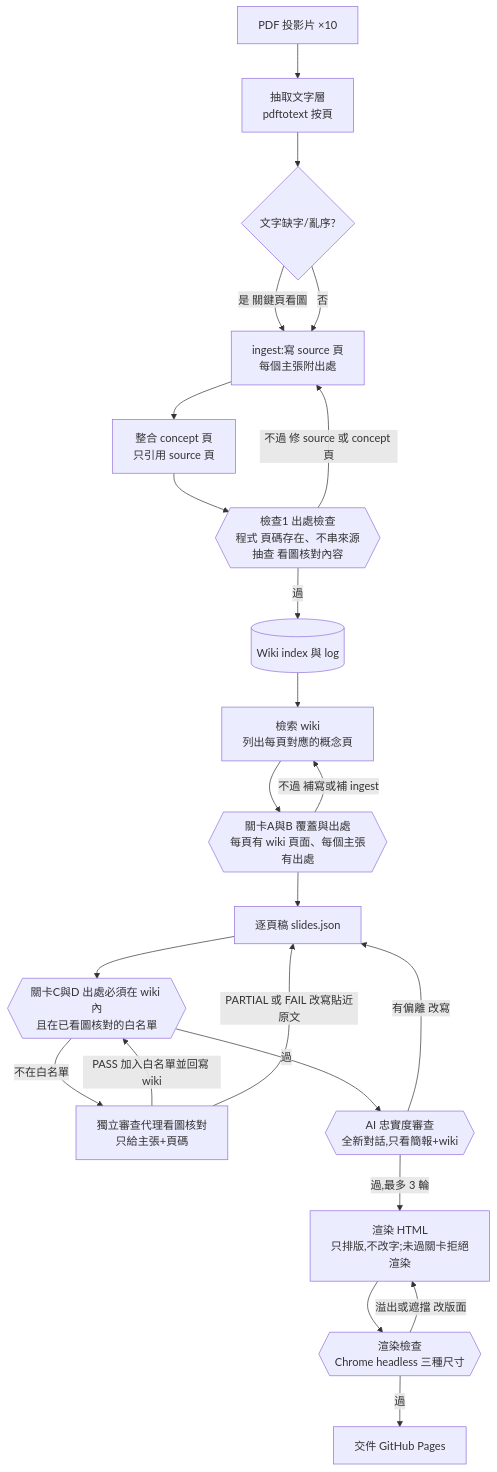
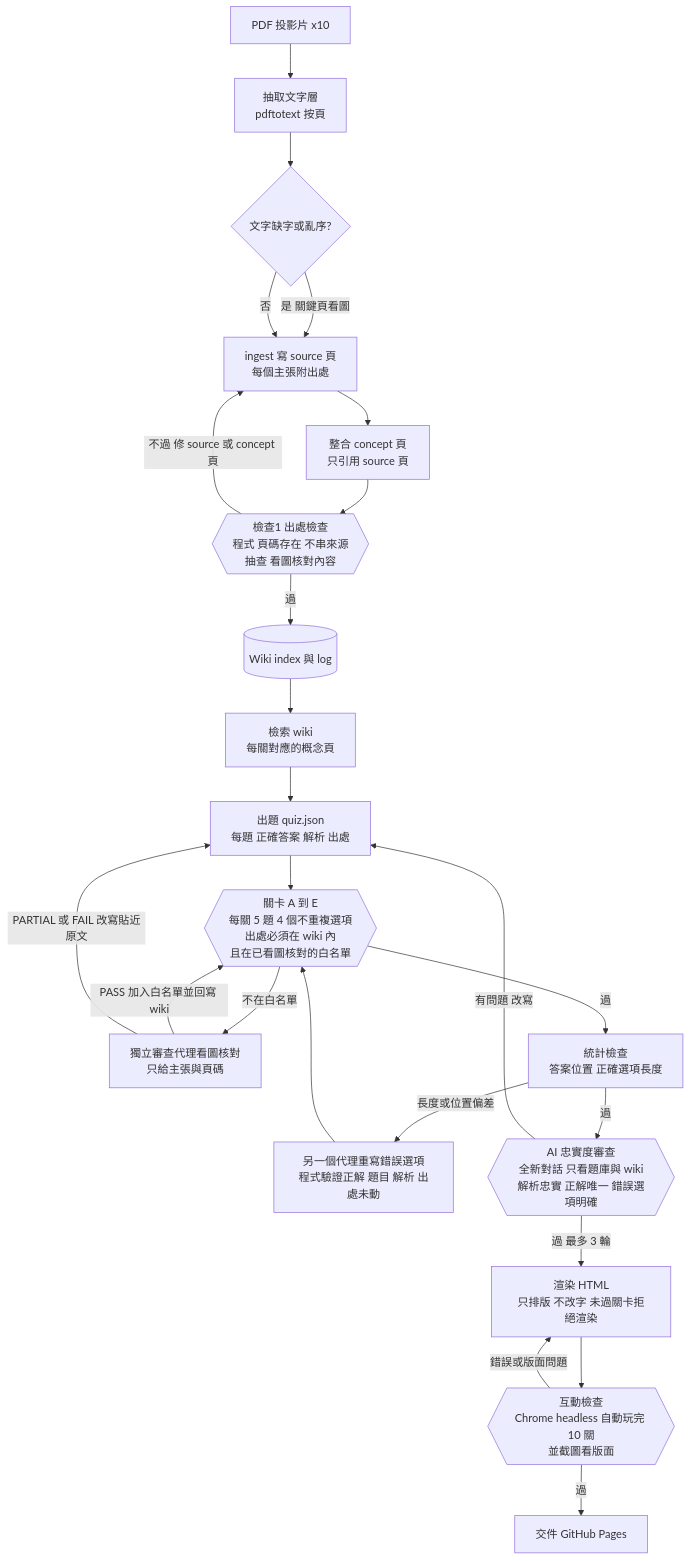
The diagram in README.md (circleO-O/genai-intro-wiki-deck), drawn with Mermaid before and after one commit. The commit also changed other lines of this file and 36 other files, not shown here.

First line of the commit message:
Replace slide deck with a 10-level quiz game and fix wiki citations

````diff
--- a/README.md
+++ b/README.md
@@ -46,25 +50,26 @@
 ```mermaid
 flowchart TD
-  A[PDF 投影片 ×10] --> B[抽取文字層<br/>pdftotext 按頁]
-  B --> C{文字缺字/亂序?}
-  C -- 是 關鍵頁看圖 --> D[ingest:寫 source 頁<br/>每個主張附出處]
+  A[PDF 投影片 x10] --> B[抽取文字層<br/>pdftotext 按頁]
+  B --> C{文字缺字或亂序?}
+  C -- 是 關鍵頁看圖 --> D[ingest 寫 source 頁<br/>每個主張附出處]
   C -- 否 --> D
   D --> E[整合 concept 頁<br/>只引用 source 頁]
-  E --> F{{檢查1 出處檢查<br/>程式 頁碼存在、不串來源<br/>抽查 看圖核對內容}}
+  E --> F{{檢查1 出處檢查<br/>程式 頁碼存在 不串來源<br/>抽查 看圖核對內容}}
   F -- 不過 修 source 或 concept 頁 --> D
   F -- 過 --> G[(Wiki index 與 log)]
-  G --> H[檢索 wiki<br/>列出每頁對應的概念頁]
-  H --> I{{關卡A與B 覆蓋與出處<br/>每頁有 wiki 頁面、每個主張有出處}}
-  I -- 不過 補寫或補 ingest --> H
-  I --> J[逐頁稿 slides.json]
-  J --> K{{關卡C與D 出處必須在 wiki 內<br/>且在已看圖核對的白名單}}
-  K -- 不在白名單 --> V[獨立審查代理看圖核對<br/>只給主張+頁碼]
+  G --> H[檢索 wiki<br/>每關對應的概念頁]
+  H --> J[出題 quiz.json<br/>每題 正確答案 解析 出處]
+  J --> K{{關卡 A 到 E<br/>每關 5 題 4 個不重複選項<br/>出處必須在 wiki 內<br/>且在已看圖核對的白名單}}
+  K -- 不在白名單 --> V[獨立審查代理看圖核對<br/>只給主張與頁碼]
   V -- PASS 加入白名單並回寫 wiki --> K
   V -- PARTIAL 或 FAIL 改寫貼近原文 --> J
-  K -- 過 --> L{{AI 忠實度審查<br/>全新對話,只看簡報+wiki}}
-  L -- 有偏離 改寫 --> J
-  L -- 過,最多 3 輪 --> M[渲染 HTML<br/>只排版,不改字;未過關卡拒絕渲染]
-  M --> N{{渲染檢查<br/>Chrome headless 三種尺寸}}
-  N -- 溢出或遮擋 改版面 --> M
+  K -- 過 --> W[統計檢查<br/>答案位置 正確選項長度]
+  W -- 長度或位置偏差 --> X[另一個代理重寫錯誤選項<br/>程式驗證正解 題目 解析 出處未動]
+  X --> K
+  W -- 過 --> L{{AI 忠實度審查<br/>全新對話 只看題庫與 wiki<br/>解析忠實 正解唯一 錯誤選項明確}}
+  L -- 有問題 改寫 --> J
+  L -- 過 最多 3 輪 --> M[渲染 HTML<br/>只排版 不改字 未過關卡拒絕渲染]
+  M --> N{{互動檢查<br/>Chrome headless 自動玩完 10 關<br/>並截圖看版面}}
+  N -- 錯誤或版面問題 --> M
   N -- 過 --> O[交件 GitHub Pages]
 ```
````
